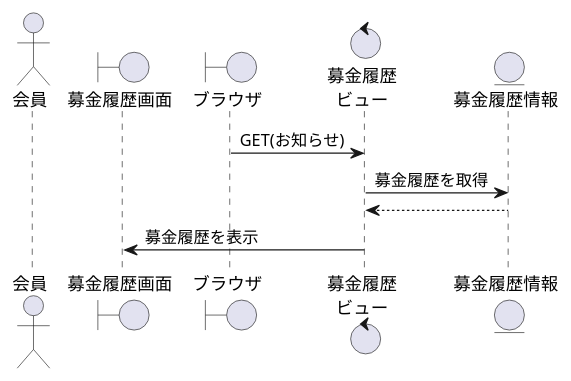
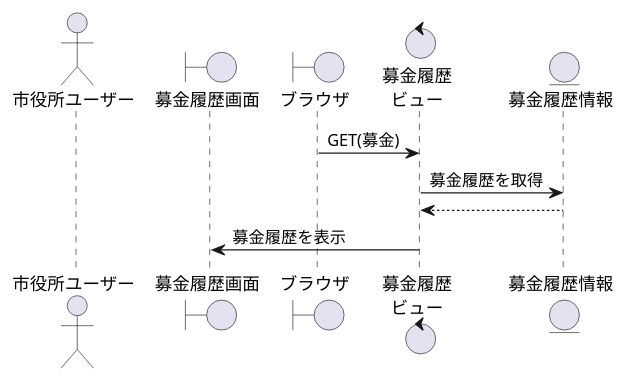
One commit to ysyk-wtnb16/team_D changed the diagram in 卒業研究/募金履歴(市役所) .wsd. Above: the diagram before and after it, drawn with PlantUML. The commit also changed 4 other files, not shown here.

```diff
--- a/卒業研究/募金履歴(市役所) .wsd
+++ b/卒業研究/募金履歴(市役所) .wsd
@@ -1,14 +1,14 @@
-@startuml Moneyhistory
+@startuml Moneyhistory_s
  
-actor "会員" as user
+actor "市役所ユーザー" as user
 boundary "募金履歴画面" as Moneyhistorys
 boundary "ブラウザ" as brz
 control "募金履歴\nビュー" as Moneyhistoryv
 entity "募金履歴情報" as Moneyhistory
  
-brz -> Moneyhistoryv: GET(お知らせ)
+brz -> Moneyhistoryv: GET(募金)
 Moneyhistoryv -> Moneyhistory: 募金履歴を取得
 Moneyhistoryv <-- Moneyhistory:
 Moneyhistorys <- Moneyhistoryv:募金履歴を表示
  
 @enduml
```
